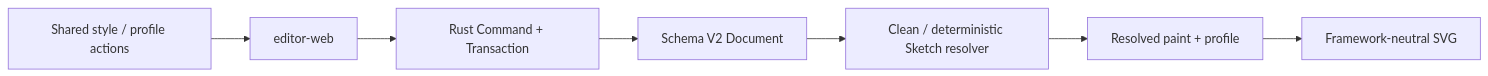
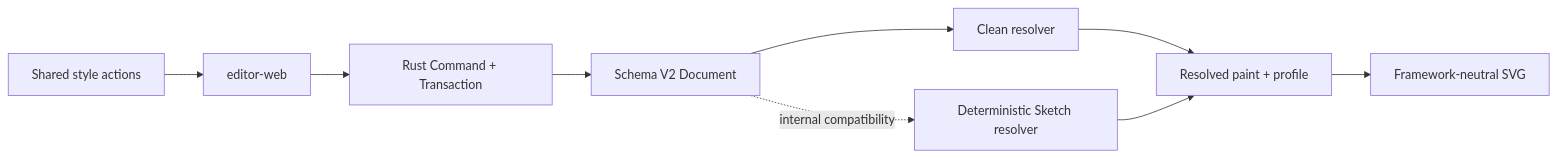
The diagram in docs/planning/phase1a-style-profile.md (deweyou/node-ink), drawn with Mermaid before and after one commit. The commit also changed other lines of this file and 39 other files, not shown here.

````diff
--- a/docs/planning/phase1a-style-profile.md
+++ b/docs/planning/phase1a-style-profile.md
@@ -3,9 +5,11 @@
 ```mermaid
 flowchart LR
-    Controls["Shared style / profile actions"] --> Controller["editor-web"]
+    Controls["Shared style actions"] --> Controller["editor-web"]
     Controller --> Command["Rust Command + Transaction"]
     Command --> Document["Schema V2 Document"]
-    Document --> Resolver["Clean / deterministic Sketch resolver"]
+    Document --> Resolver["Clean resolver"]
+    Document -. internal compatibility .-> Sketch["Deterministic Sketch resolver"]
     Resolver --> Scene["Resolved paint + profile"]
+    Sketch --> Scene
     Scene --> Renderer["Framework-neutral SVG"]
 ```
````
